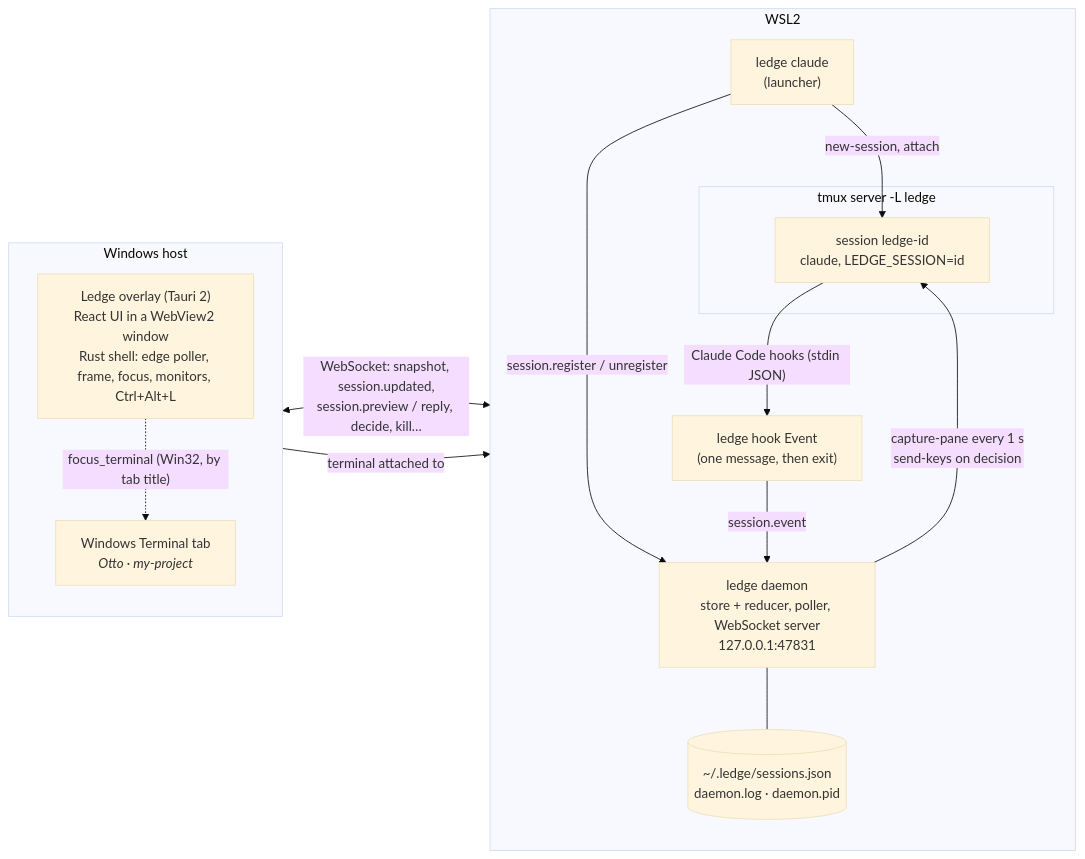
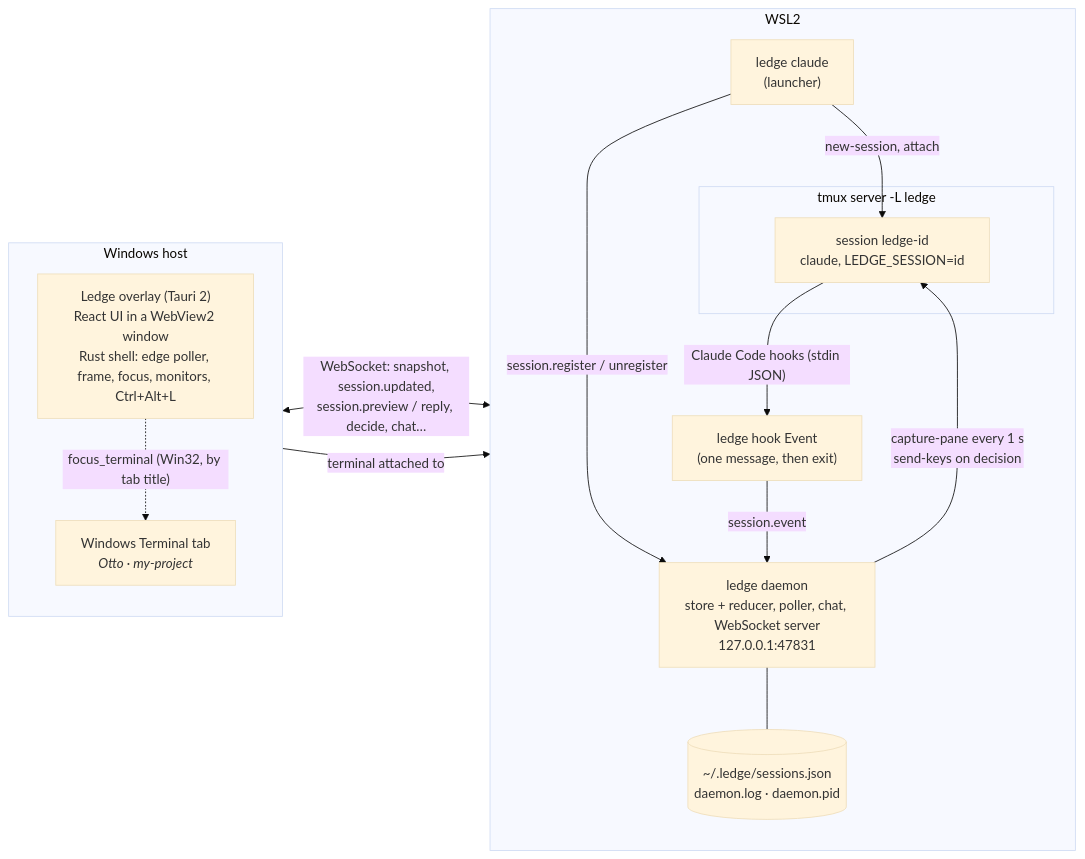
Before and after one commit to Lyssaen/ledge: the first of 2 diagrams in README.md, drawn with Mermaid (base theme). The commit also changed other lines of this file and 3 other files, not shown here.

First line of the commit message:
docs: document chat, session identity, default harness and reply lists

````diff
--- a/README.md
+++ b/README.md
@@ -41,29 +43,29 @@
 ```mermaid
 flowchart LR
   subgraph win["Windows host"]
     direction TB
     ov["Ledge overlay (Tauri 2)<br/>React UI in a WebView2 window<br/>Rust shell: edge poller, frame, focus, monitors, Ctrl+Alt+L"]
     wt["Windows Terminal tab<br/><i>Otto · my-project</i>"]
     ov -. "focus_terminal (Win32, by tab title)" .-> wt
   end
 
   subgraph wsl["WSL2"]
     direction TB
-    daemon["ledge daemon<br/>store + reducer, poller, WebSocket server<br/>127.0.0.1:47831"]
+    daemon["ledge daemon<br/>store + reducer, poller, chat, WebSocket server<br/>127.0.0.1:47831"]
     launcher["ledge claude<br/>(launcher)"]
     hook["ledge hook Event<br/>(one message, then exit)"]
     subgraph tmux["tmux server -L ledge"]
       pane["session ledge-id<br/>claude, LEDGE_SESSION=id"]
     end
     journal[("~/.ledge/sessions.json<br/>daemon.log · daemon.pid")]
   end
 
-  ov <-- "WebSocket: snapshot, session.updated,<br/>session.preview / reply, decide, kill…" --> daemon
+  ov <-- "WebSocket: snapshot, session.updated,<br/>session.preview / reply, decide, chat…" --> daemon
   launcher -- "session.register / unregister" --> daemon
   launcher -- "new-session, attach" --> pane
   wt -- "terminal attached to" --> pane
   pane -- "Claude Code hooks (stdin JSON)" --> hook
   hook -- "session.event" --> daemon
   daemon -- "capture-pane every 1 s<br/>send-keys on decision" --> pane
   daemon --- journal
 ```
````
